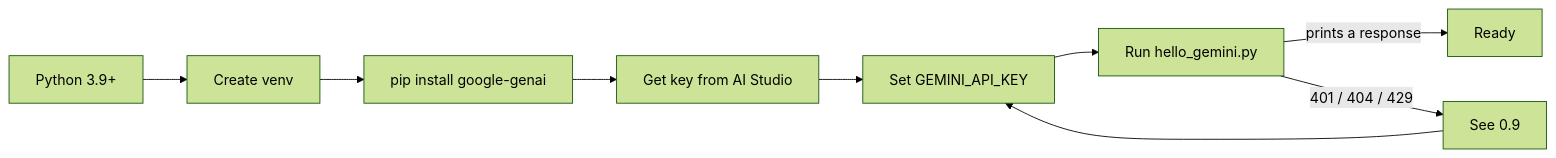
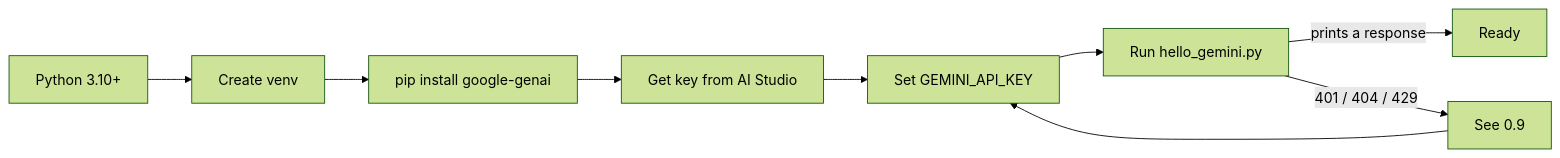
One commit to tarunmudgal/ai_agent_blueprint changed the first of 2 diagrams in 01-smart-intern-prompt-engineering/00-setup.md. Above: the diagram before and after it, drawn with Mermaid (forest theme). The commit also changed other lines of this file and 24 other files, not shown here.

````diff
--- a/01-smart-intern-prompt-engineering/00-setup.md
+++ b/01-smart-intern-prompt-engineering/00-setup.md
@@ -12,11 +12,11 @@
 ```mermaid
 flowchart LR
-    A[Python 3.9+] --> B[Create venv]
+    A[Python 3.10+] --> B[Create venv]
     B --> C[pip install google-genai]
     C --> D[Get key from AI Studio]
     D --> E[Set GEMINI_API_KEY]
     E --> F[Run hello_gemini.py]
     F -->|prints a response| G[Ready]
     F -->|401 / 404 / 429| H[See 0.9]
     H --> E
 ```
````
